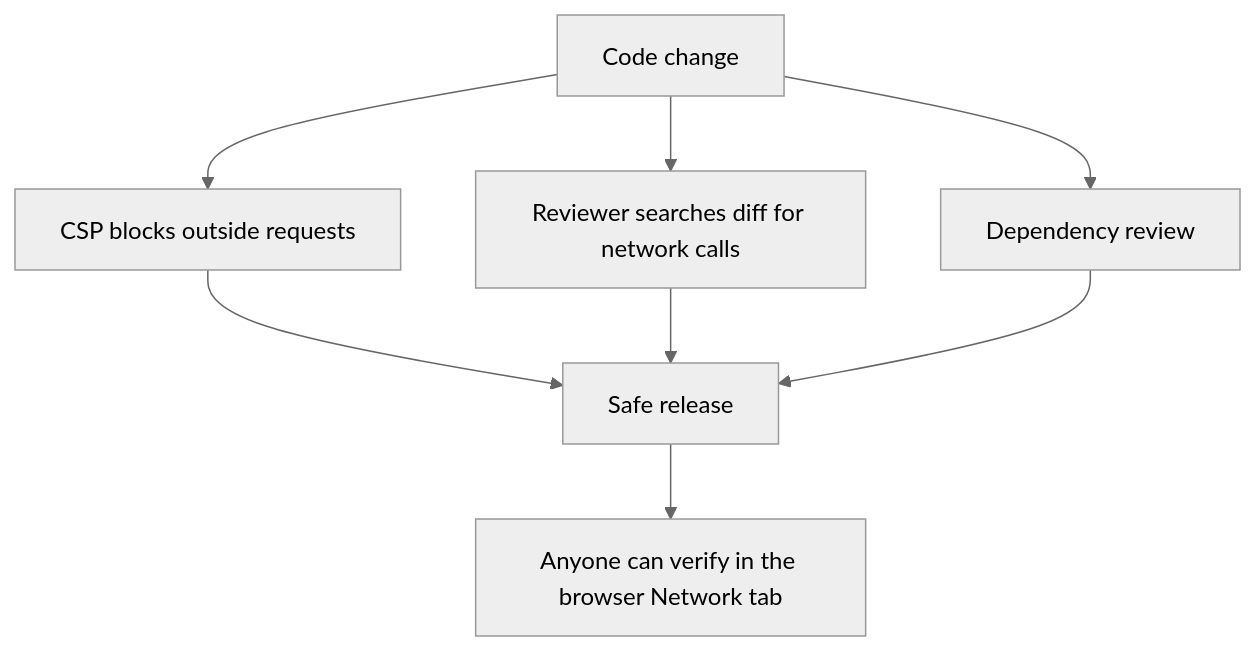
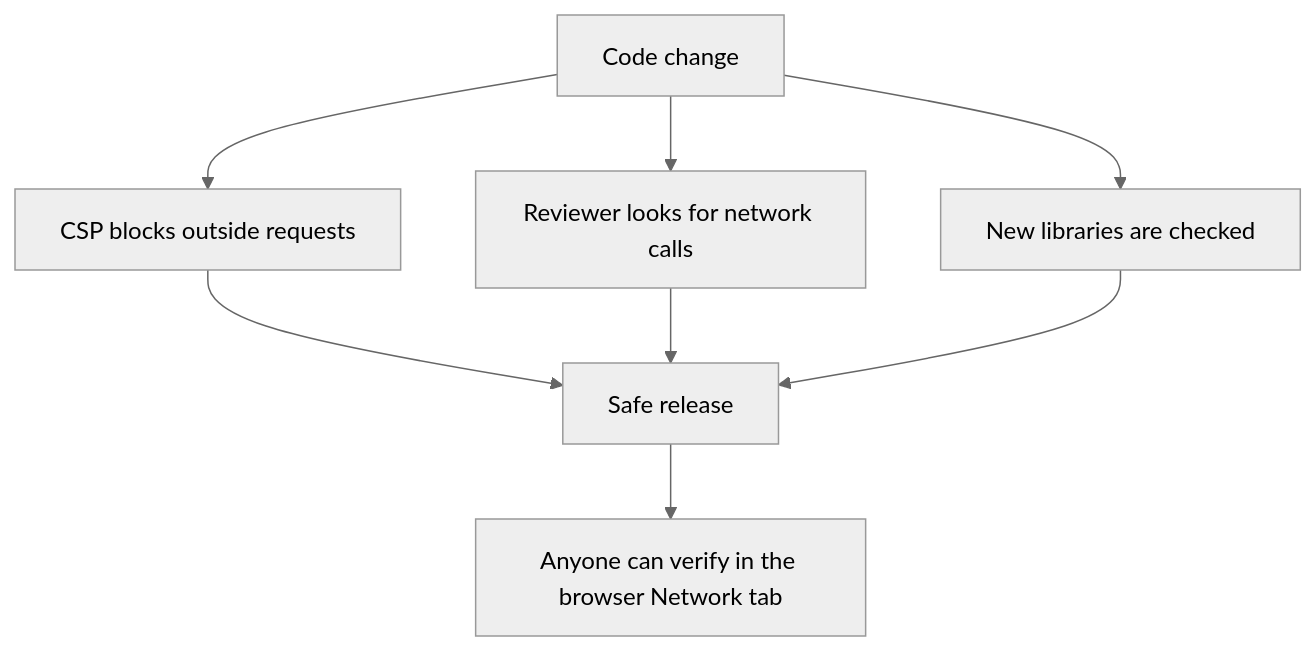
The diagram in docs/privacy.md (intabtools/intabpdf), drawn with Mermaid (neutral theme) before and after one commit. The commit also changed other lines of this file and 12 other files, not shown here.

````diff
--- a/docs/privacy.md
+++ b/docs/privacy.md
@@ -18,10 +17,10 @@
 ```mermaid
 flowchart TD
     A["Code change"] --> B["CSP blocks outside requests"]
-    A --> C["Reviewer searches diff for network calls"]
-    A --> D["Dependency review"]
+    A --> C["Reviewer looks for network calls"]
+    A --> D["New libraries are checked"]
     B --> E["Safe release"]
     C --> E
     D --> E
     E --> F["Anyone can verify in the browser Network tab"]
 ```
````
